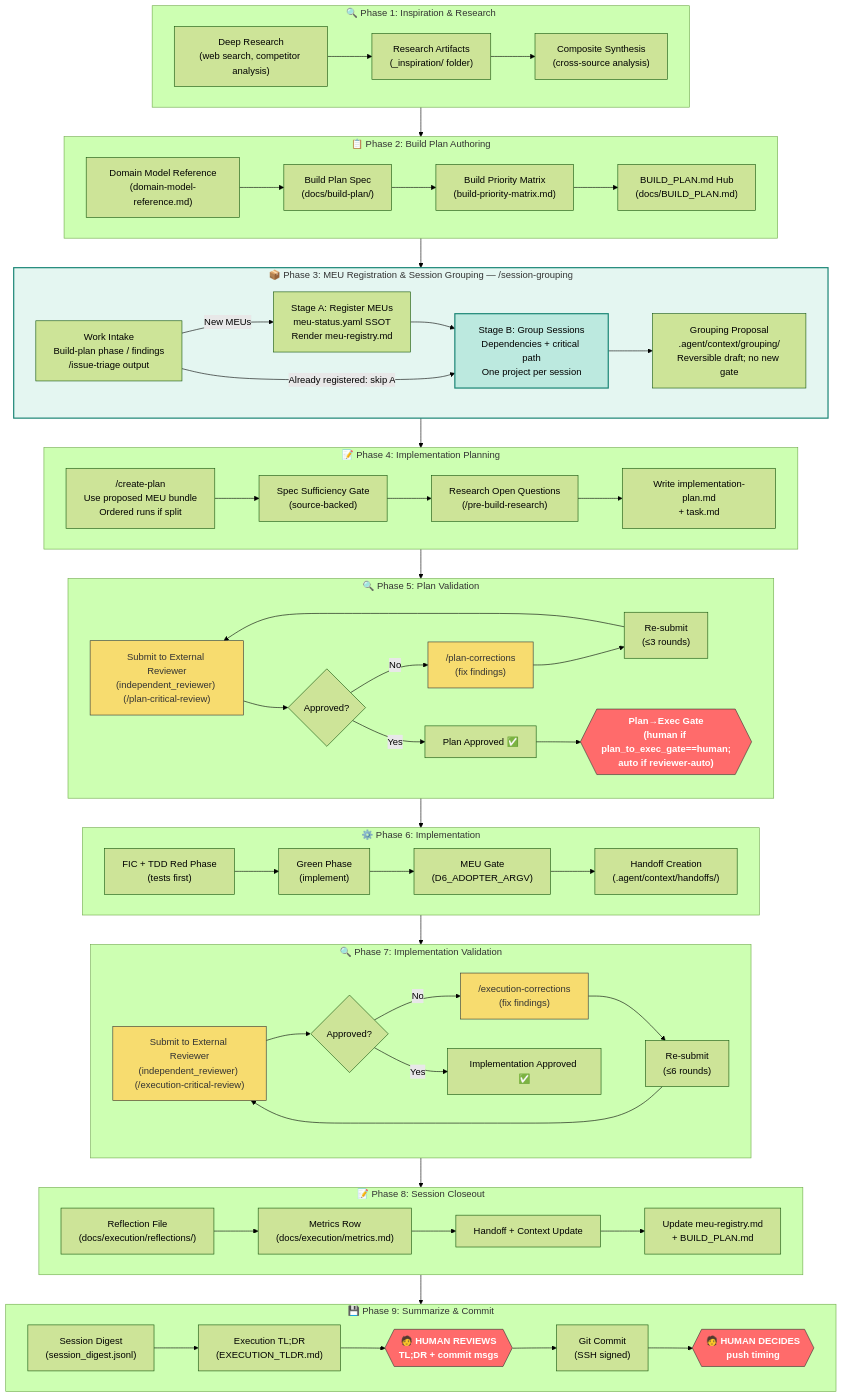
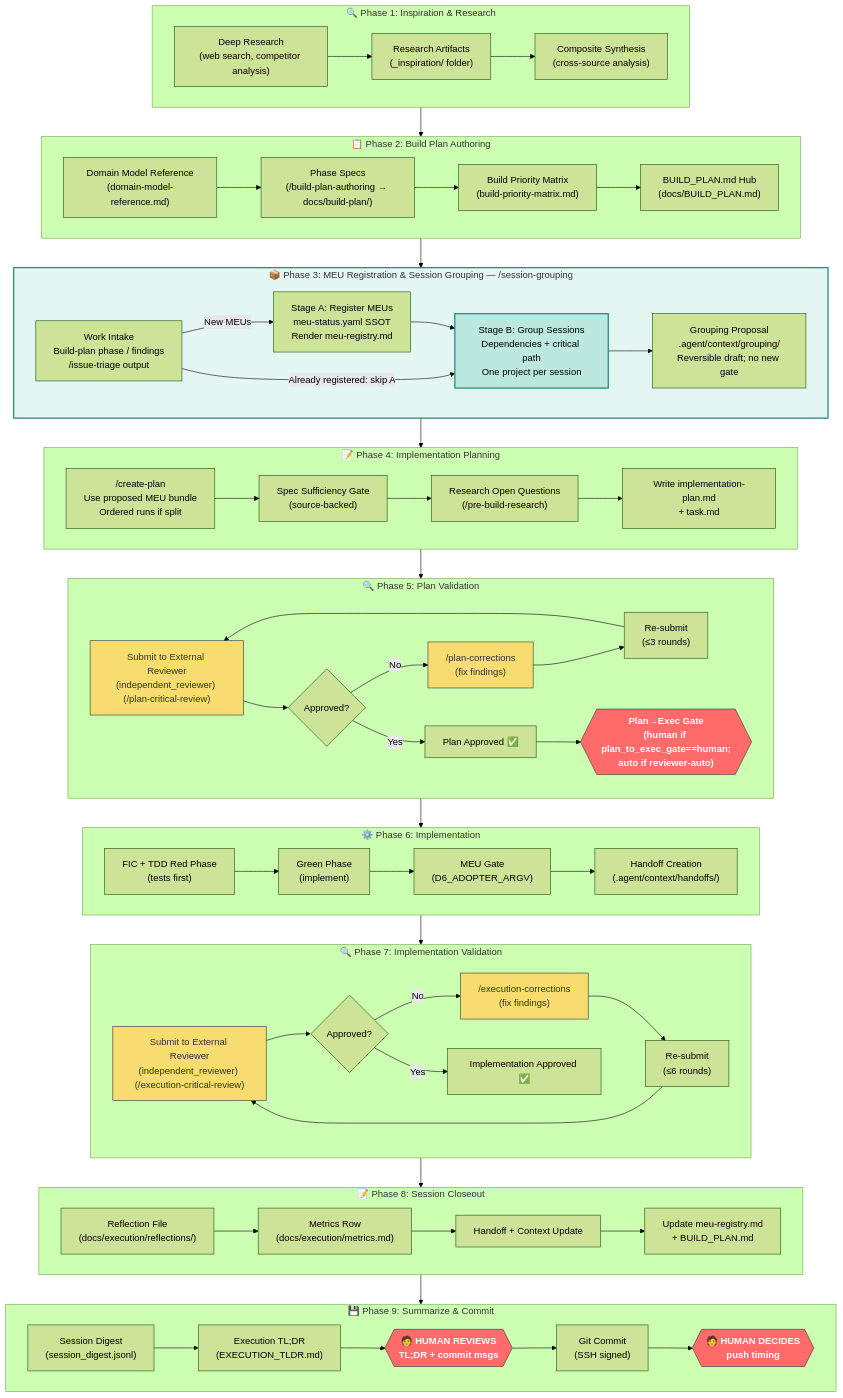
One commit to matbanik/agentic-framework changed the first of 3 diagrams in core/.agent/docs/development-lifecycle.md. Above: the diagram before and after it, drawn with Mermaid (forest theme). The commit also changed other lines of this file and 15 other files, not shown here.

```diff
--- a/core/.agent/docs/development-lifecycle.md
+++ b/core/.agent/docs/development-lifecycle.md
@@ -23,7 +23,7 @@
     end
 
     subgraph PHASE_2["📋 Phase 2: Build Plan Authoring"]
-        B1["Build Plan Spec<br/>(docs/build-plan/)"]
+        B1["Phase Specs<br/>(/build-plan-authoring → docs/build-plan/)"]
         B2["Domain Model Reference<br/>(domain-model-reference.md)"]
         B3["Build Priority Matrix<br/>(build-priority-matrix.md)"]
         B4["BUILD_PLAN.md Hub<br/>(docs/BUILD_PLAN.md)"]
```
